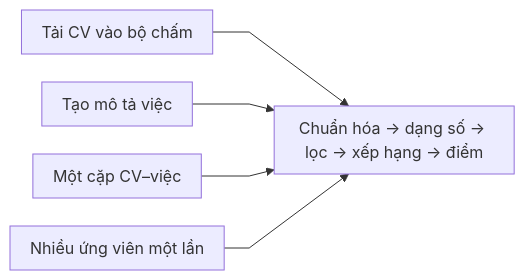
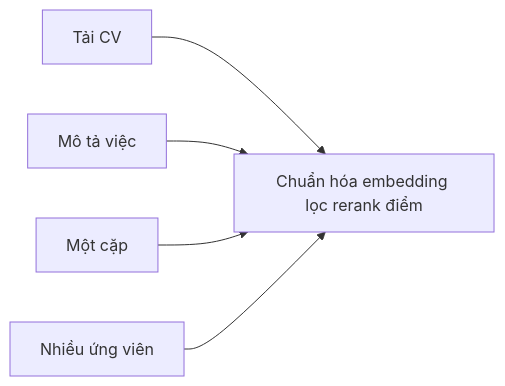
Before and after one commit to dmt041104111003/docs-nckh: the third of 3 diagrams in architecture.md, drawn with Mermaid. The commit also changed other lines of this file and 8 other files, not shown here.

````diff
--- a/architecture.md
+++ b/architecture.md
@@ -76,8 +51,7 @@
 ```mermaid
-%%{init: {"flowchart": {"curve": "linear", "padding": 10, "nodeSpacing": 28}}}%%
 flowchart LR
-  UP[Tải CV vào bộ chấm] --> PL[Chuẩn hóa → dạng số → lọc → xếp hạng → điểm]
-  JB[Tạo mô tả việc] --> PL
-  AN[Một cặp CV–việc] --> PL
-  RK[Nhiều ứng viên một lần] --> PL
+  UP[Tải CV] --> PL[Chuẩn hóa embedding lọc rerank điểm]
+  JB[Mô tả việc] --> PL
+  AN[Một cặp] --> PL
+  RK[Nhiều ứng viên] --> PL
 ```
````
